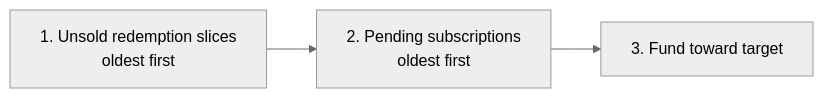
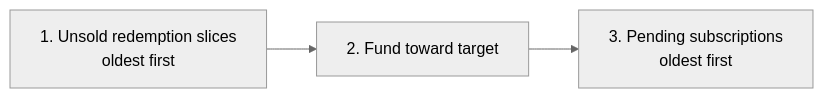
One commit to 0xnex/tide changed the fourth of 14 diagrams in README.md. Above: the diagram before and after it, drawn with Mermaid (neutral theme). The commit also changed other lines of this file and 8 other files, not shown here.

````diff
--- a/README.md
+++ b/README.md
@@ -71,4 +68,4 @@
 ```mermaid
 flowchart LR
-  A["1. Unsold redemption slices<br/>oldest first"] --> B["2. Pending subscriptions<br/>oldest first"] --> C["3. Fund toward target"]
+  A["1. Unsold redemption slices<br/>oldest first"] --> C["2. Fund toward target"] --> B["3. Pending subscriptions<br/>oldest first"]
 ```
````
